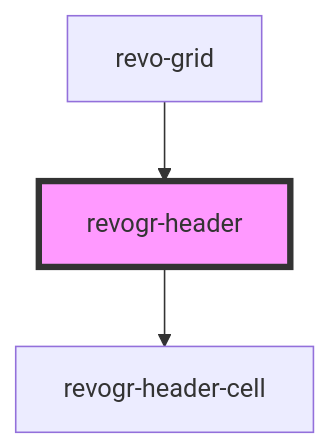
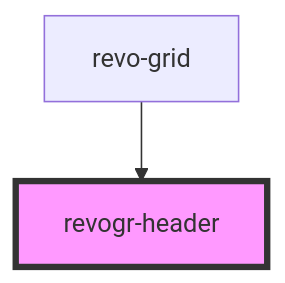
One commit to revolist/revogrid changed the diagram in src/components/header/readme.md. Above: the diagram before and after it, drawn with Mermaid. The commit also changed other lines of this file and 4 other files, not shown here.

````diff
--- a/src/components/header/readme.md
+++ b/src/components/header/readme.md
@@ -19,6 +15,5 @@
 ```mermaid
 graph TD;
-  revogr-header --> revogr-header-cell
   revo-grid --> revogr-header
   style revogr-header fill:#f9f,stroke:#333,stroke-width:4px
 ```
````
